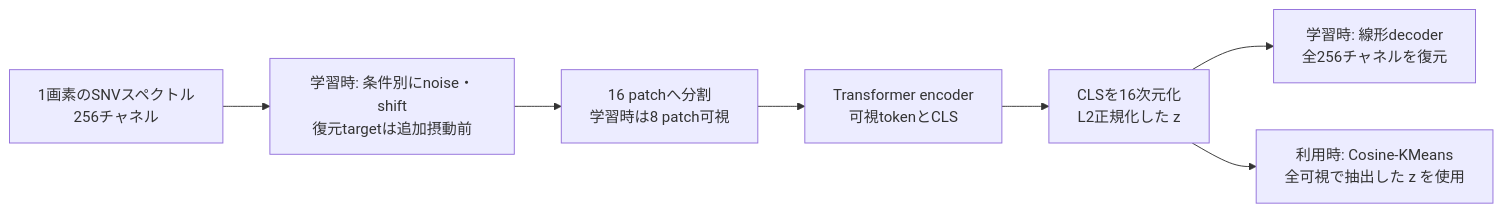
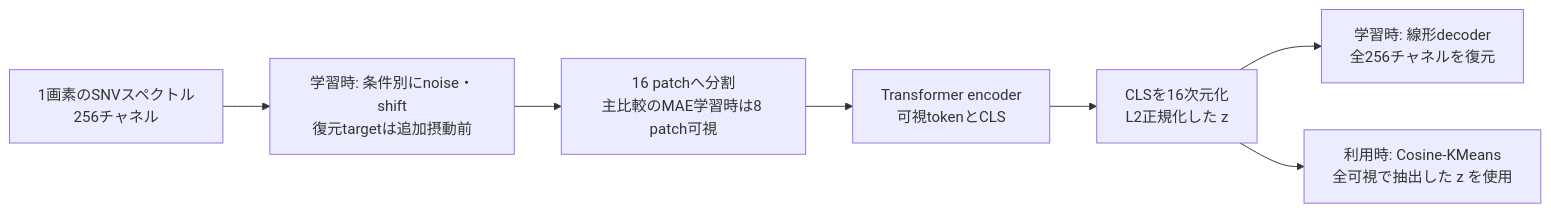
Before and after one commit to Mantis-Ryuji/WoodDegradationMap: the diagram in docs/chemomae_positioning.md, drawn with Mermaid. The commit also changed other lines of this file and 24 other files, not shown here.

````diff
--- a/docs/chemomae_positioning.md
+++ b/docs/chemomae_positioning.md
@@ -232,9 +237,9 @@
 ```mermaid
 flowchart LR
     A["1画素のSNVスペクトル<br/>256チャネル"] --> G["学習時: 条件別にnoise・shift<br/>復元targetは追加摂動前"]
-    G --> B["16 patchへ分割<br/>学習時は8 patch可視"]
+    G --> B["16 patchへ分割<br/>主比較のMAE学習時は8 patch可視"]
     B --> C["Transformer encoder<br/>可視tokenとCLS"]
     C --> D["CLSを16次元化<br/>L2正規化した z"]
     D --> E["学習時: 線形decoder<br/>全256チャネルを復元"]
     D --> F["利用時: Cosine-KMeans<br/>全可視で抽出した z を使用"]
 ```
````
